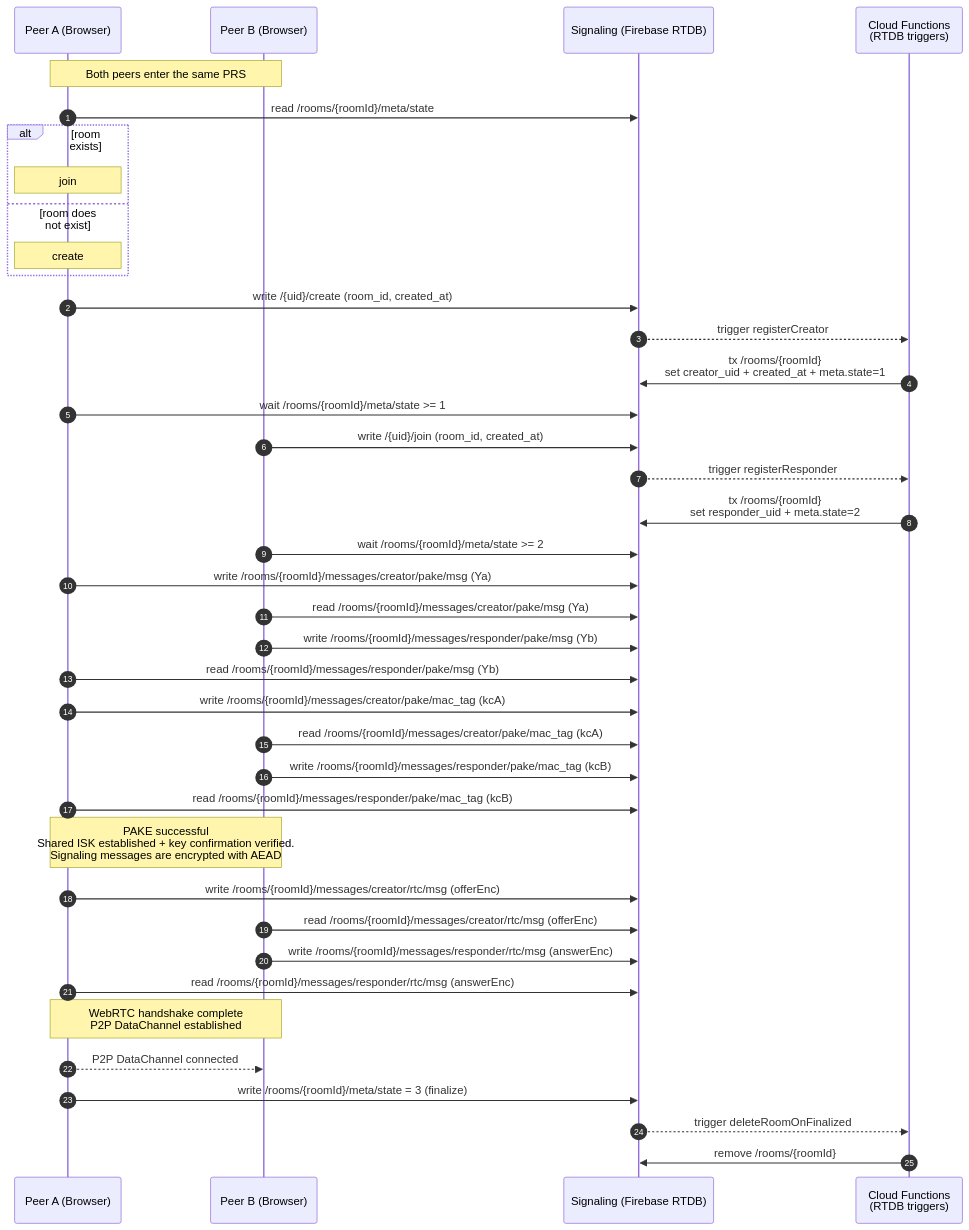
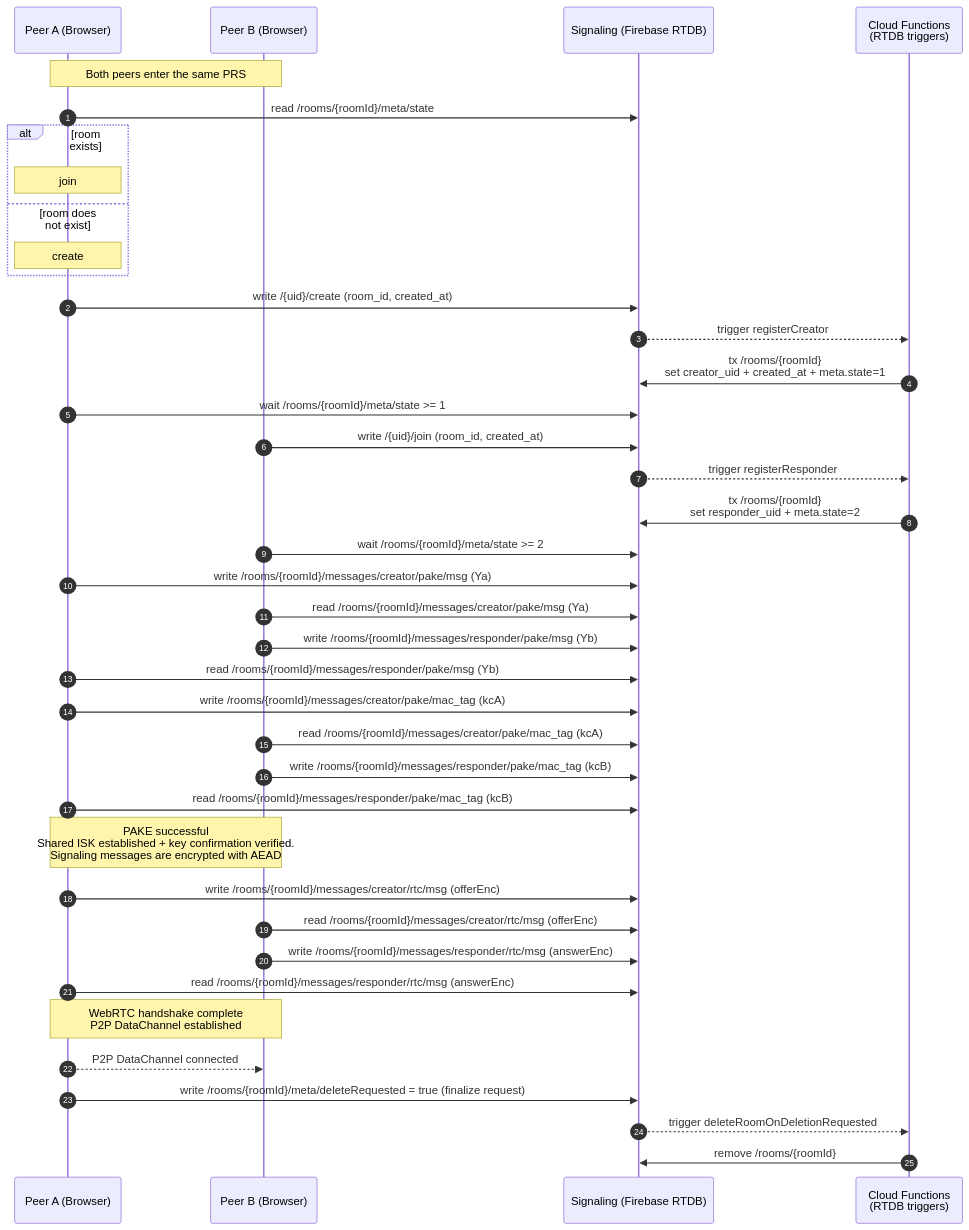
One commit to slava-nikulin/peach-share changed the second of 2 diagrams in README.md. Above: the diagram before and after it, drawn with Mermaid. The commit also changed other lines of this file and 6 other files, not shown here.

Commit message:
refactor: reduce room deletion func invocation num

````diff
--- a/README.md
+++ b/README.md
@@ -24,54 +24,54 @@
 ```mermaid
 sequenceDiagram
   autonumber
   participant A as Peer A (Browser)
   participant B as Peer B (Browser)
   participant DB as Signaling (Firebase RTDB)
   participant FN as Cloud Functions<br/>(RTDB triggers)
 
   Note over A,B: Both peers enter the same PRS
 
   A->>DB: read /rooms/{roomId}/meta/state
   alt room exists
     Note over A: join
   else room does not exist
     Note over A: create
   end
 
   A->>DB: write /{uid}/create (room_id, created_at)
   DB-->>FN: trigger registerCreator
   FN->>DB: tx /rooms/{roomId}<br/>set creator_uid + created_at + meta.state=1
   A->>DB: wait /rooms/{roomId}/meta/state >= 1
 
   B->>DB: write /{uid}/join (room_id, created_at)
   DB-->>FN: trigger registerResponder
   FN->>DB: tx /rooms/{roomId}<br/>set responder_uid + meta.state=2
   B->>DB: wait /rooms/{roomId}/meta/state >= 2
 
   %% PAKE messages + key confirmation tags
   A->>DB: write /rooms/{roomId}/messages/creator/pake/msg (Ya)
   B->>DB: read  /rooms/{roomId}/messages/creator/pake/msg (Ya)
   B->>DB: write /rooms/{roomId}/messages/responder/pake/msg (Yb)
   A->>DB: read  /rooms/{roomId}/messages/responder/pake/msg (Yb)
 
   A->>DB: write /rooms/{roomId}/messages/creator/pake/mac_tag (kcA)
   B->>DB: read  /rooms/{roomId}/messages/creator/pake/mac_tag (kcA)
   B->>DB: write /rooms/{roomId}/messages/responder/pake/mac_tag (kcB)
   A->>DB: read  /rooms/{roomId}/messages/responder/pake/mac_tag (kcB)
 
   Note over A,B: PAKE successful<br/>Shared ISK established + key confirmation verified.<br/>Signaling messages are encrypted with AEAD
 
   %% Encrypted signaling (offer/answer) leading to DataChannel
   A->>DB: write /rooms/{roomId}/messages/creator/rtc/msg (offerEnc)
   B->>DB: read  /rooms/{roomId}/messages/creator/rtc/msg (offerEnc)
   B->>DB: write /rooms/{roomId}/messages/responder/rtc/msg (answerEnc)
   A->>DB: read  /rooms/{roomId}/messages/responder/rtc/msg (answerEnc)
 
   Note over A,B: WebRTC handshake complete<br/>P2P DataChannel established
 
   A-->>B: P2P DataChannel connected
 
-  A->>DB: write /rooms/{roomId}/meta/state = 3 (finalize)
-  DB-->>FN: trigger deleteRoomOnFinalized
+  A->>DB: write /rooms/{roomId}/meta/deleteRequested = true (finalize request)
+  DB-->>FN: trigger deleteRoomOnDeletionRequested
   FN->>DB: remove /rooms/{roomId}
 ```
````
